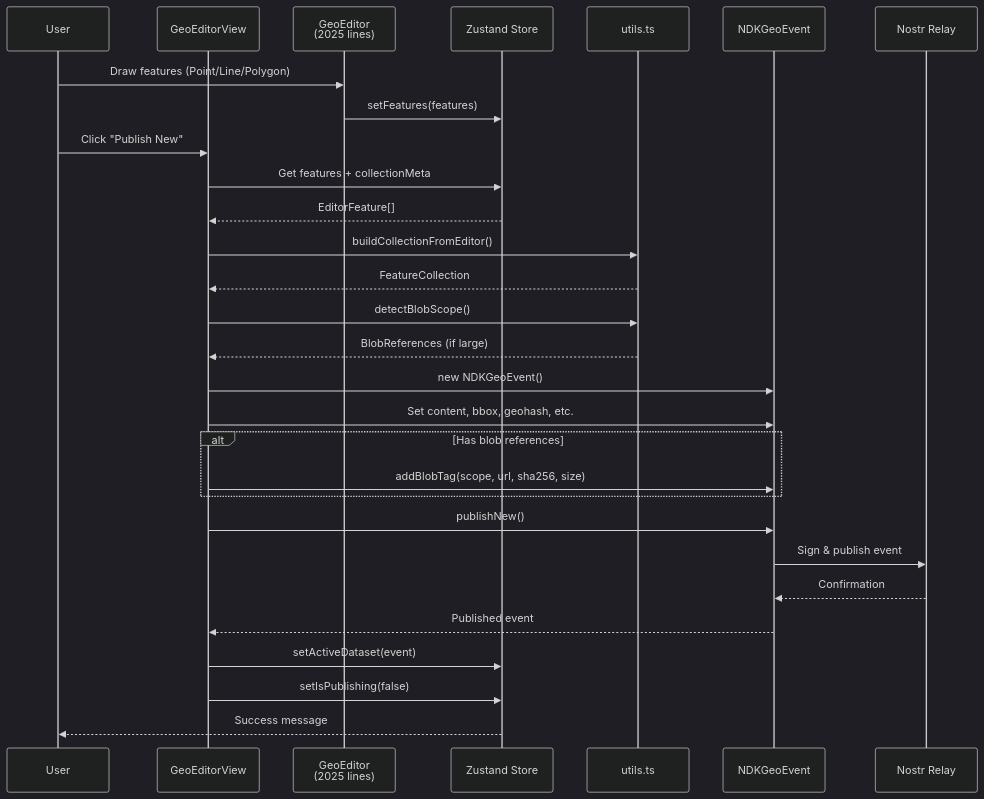
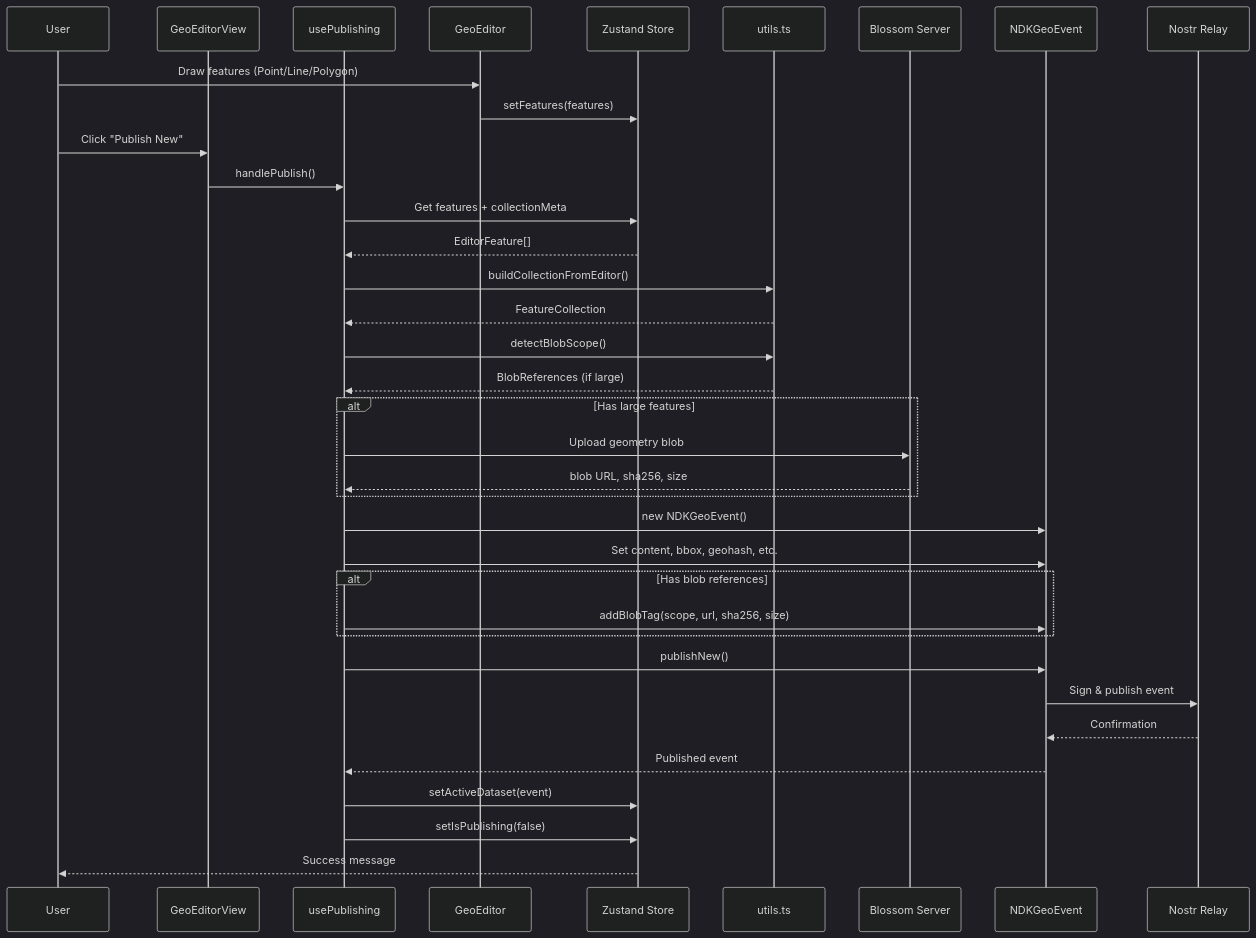
Before and after one commit to DestBro/earthly: the second of 5 diagrams in ARCHITECTURE_ANALYSIS.md, drawn with Mermaid (dark theme). The commit also changed other lines of this file and 1 other file, not shown here.

````diff
--- a/ARCHITECTURE_ANALYSIS.md
+++ b/ARCHITECTURE_ANALYSIS.md
@@ -210,39 +285,47 @@
 ```mermaid
 sequenceDiagram
     participant User
     participant GEV as GeoEditorView
-    participant Editor as GeoEditor<br/>(2025 lines)
+    participant Hook as usePublishing
+    participant Editor as GeoEditor
     participant Store as Zustand Store
     participant Utils as utils.ts
+    participant Blossom as Blossom Server
     participant NDKGeo as NDKGeoEvent
     participant Relay as Nostr Relay
 
     User->>Editor: Draw features (Point/Line/Polygon)
     Editor->>Store: setFeatures(features)
 
     User->>GEV: Click "Publish New"
-    GEV->>Store: Get features + collectionMeta
-    Store-->>GEV: EditorFeature[]
+    GEV->>Hook: handlePublish()
+    Hook->>Store: Get features + collectionMeta
+    Store-->>Hook: EditorFeature[]
 
-    GEV->>Utils: buildCollectionFromEditor()
-    Utils-->>GEV: FeatureCollection
+    Hook->>Utils: buildCollectionFromEditor()
+    Utils-->>Hook: FeatureCollection
 
-    GEV->>Utils: detectBlobScope()
-    Utils-->>GEV: BlobReferences (if large)
+    Hook->>Utils: detectBlobScope()
+    Utils-->>Hook: BlobReferences (if large)
 
-    GEV->>NDKGeo: new NDKGeoEvent()
-    GEV->>NDKGeo: Set content, bbox, geohash, etc.
+    alt Has large features
+        Hook->>Blossom: Upload geometry blob
+        Blossom-->>Hook: blob URL, sha256, size
+    end
+
+    Hook->>NDKGeo: new NDKGeoEvent()
+    Hook->>NDKGeo: Set content, bbox, geohash, etc.
 
     alt Has blob references
-        GEV->>NDKGeo: addBlobTag(scope, url, sha256, size)
+        Hook->>NDKGeo: addBlobTag(scope, url, sha256, size)
     end
 
-    GEV->>NDKGeo: publishNew()
+    Hook->>NDKGeo: publishNew()
     NDKGeo->>Relay: Sign & publish event
     Relay-->>NDKGeo: Confirmation
-    NDKGeo-->>GEV: Published event
+    NDKGeo-->>Hook: Published event
 
-    GEV->>Store: setActiveDataset(event)
-    GEV->>Store: setIsPublishing(false)
+    Hook->>Store: setActiveDataset(event)
+    Hook->>Store: setIsPublishing(false)
     Store-->>User: Success message
 ```
````
